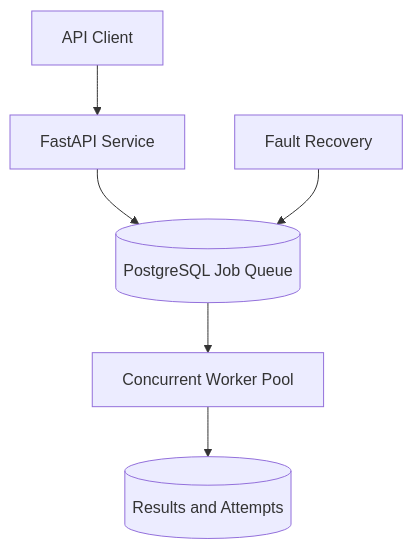
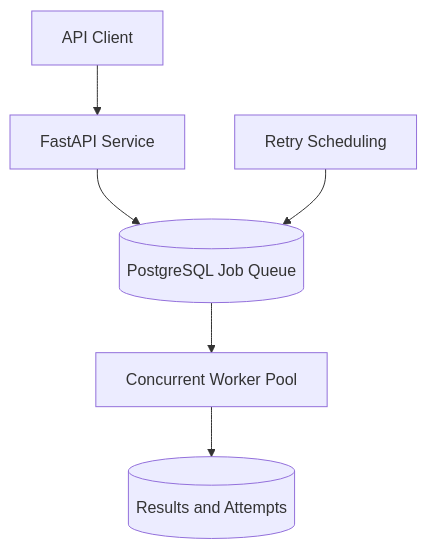
The diagram in distributed-job-processing-system/README.md (AJooujee/Software_Engineering_Career_Projects), drawn with Mermaid before and after one commit. The commit also changed other lines of this file and 14 other files, not shown here.

Commit message:
feat(job-system): add retry scheduling and dead-letter policies

````diff
--- a/distributed-job-processing-system/README.md
+++ b/distributed-job-processing-system/README.md
@@ -16,8 +18,8 @@
 ```mermaid
 flowchart TD
     Client[API Client] --> API[FastAPI Service]
     API --> Queue[(PostgreSQL Job Queue)]
     Queue --> Workers[Concurrent Worker Pool]
     Workers --> Results[(Results and Attempts)]
-    Recovery[Fault Recovery] --> Queue
+    Recovery[Retry Scheduling] --> Queue
 ```
````
